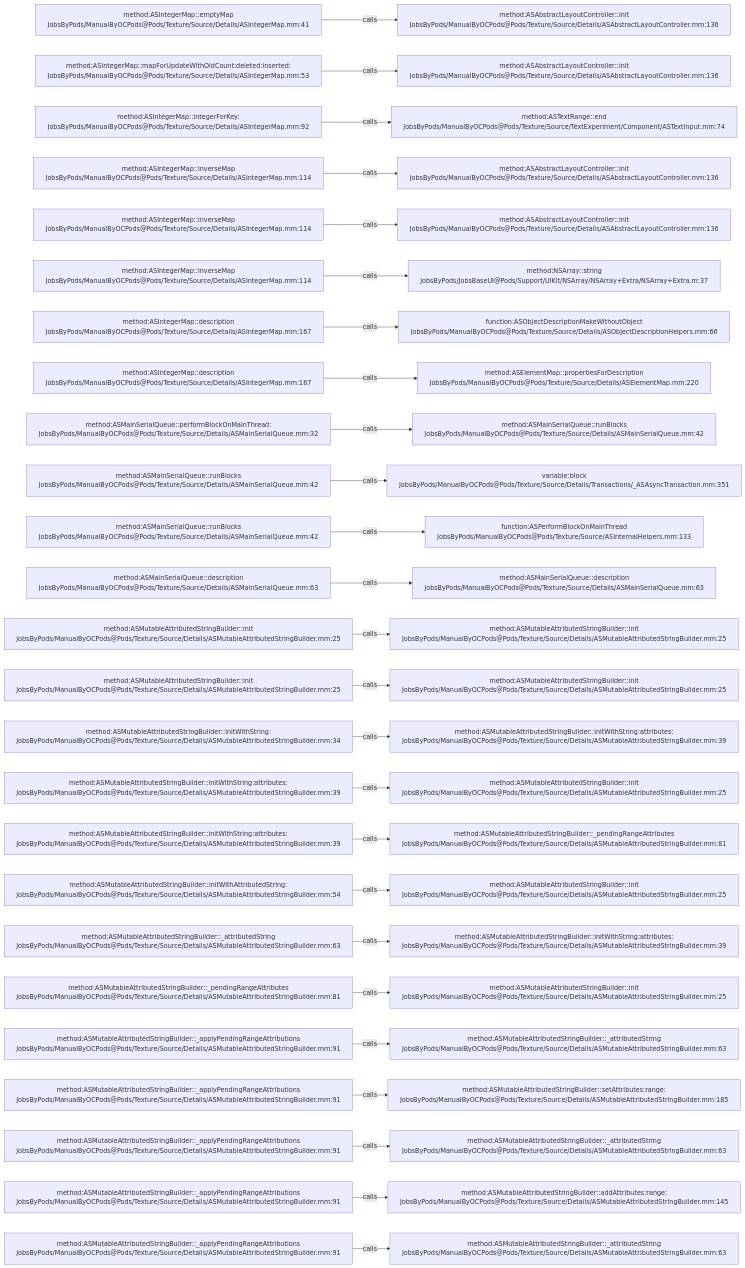
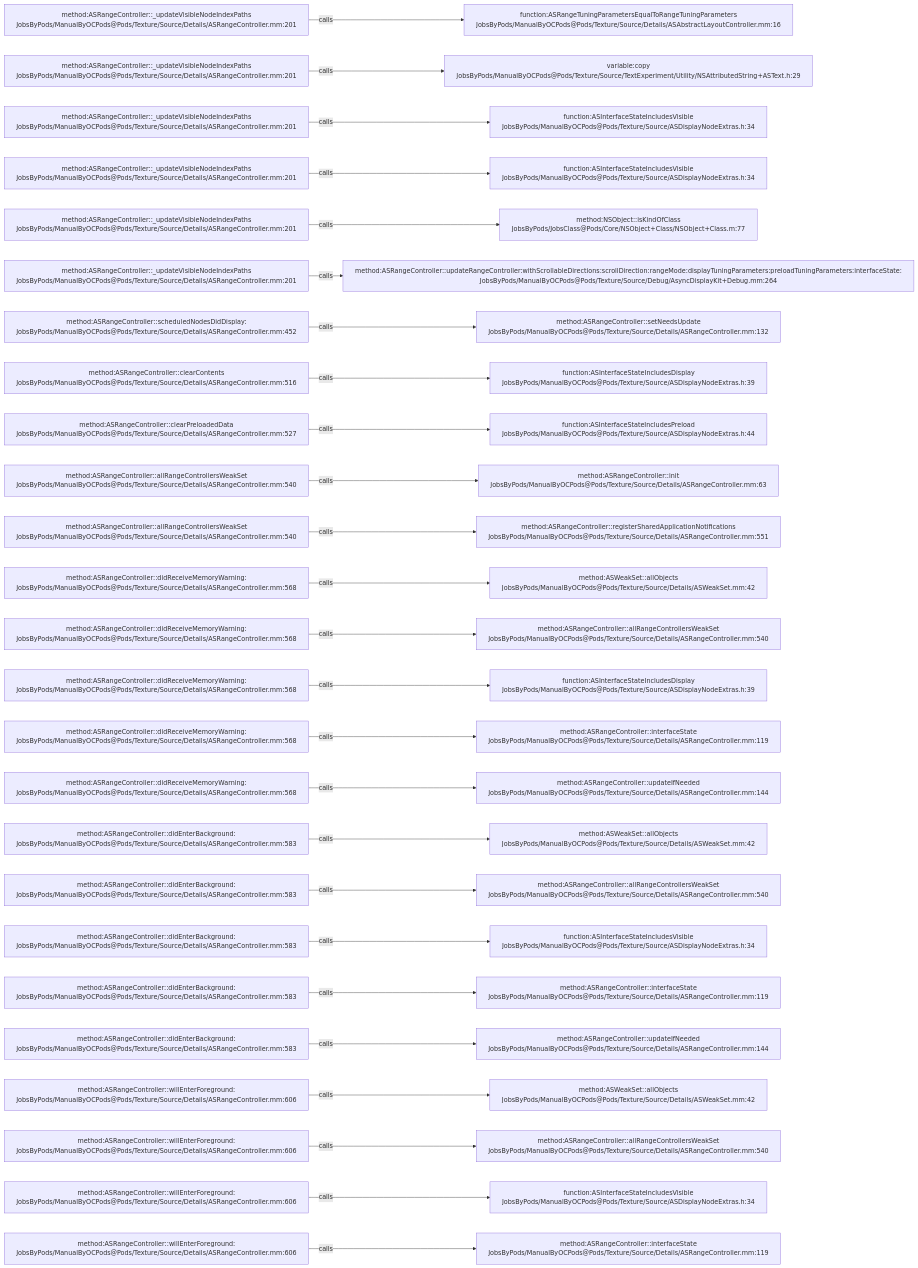
The diagram in .codegraph/codegraph.md/graphs/calls-166.md (JobsKits/JobsOCBaseConfigDemo), drawn with Mermaid before and after one commit. The commit also changed 1223 other files, not shown here.

````diff
--- a/.codegraph/codegraph.md/graphs/calls-166.md
+++ b/.codegraph/codegraph.md/graphs/calls-166.md
@@ -13,78 +13,78 @@
 ```mermaid
 flowchart LR
-  S1["method:ASIntegerMap::emptyMap<br/>JobsByPods/ManualByOCPods@Pods/Texture/Source/Details/ASIntegerMap.mm:41"]
-  T1["method:ASAbstractLayoutController::init<br/>JobsByPods/ManualByOCPods@Pods/Texture/Source/Details/ASAbstractLayoutController.mm:136"]
+  S1["method:ASRangeController::_updateVisibleNodeIndexPaths<br/>JobsByPods/ManualByOCPods@Pods/Texture/Source/Details/ASRangeController.mm:201"]
+  T1["function:ASRangeTuningParametersEqualToRangeTuningParameters<br/>JobsByPods/ManualByOCPods@Pods/Texture/Source/Details/ASAbstractLayoutController.mm:16"]
   S1 -->|calls| T1
-  S2["method:ASIntegerMap::mapForUpdateWithOldCount:deleted:inserted:<br/>JobsByPods/ManualByOCPods@Pods/Texture/Source/Details/ASIntegerMap.mm:53"]
-  T2["method:ASAbstractLayoutController::init<br/>JobsByPods/ManualByOCPods@Pods/Texture/Source/Details/ASAbstractLayoutController.mm:136"]
+  S2["method:ASRangeController::_updateVisibleNodeIndexPaths<br/>JobsByPods/ManualByOCPods@Pods/Texture/Source/Details/ASRangeController.mm:201"]
+  T2["variable:copy<br/>JobsByPods/ManualByOCPods@Pods/Texture/Source/TextExperiment/Utility/NSAttributedString+ASText.h:29"]
   S2 -->|calls| T2
-  S3["method:ASIntegerMap::integerForKey:<br/>JobsByPods/ManualByOCPods@Pods/Texture/Source/Details/ASIntegerMap.mm:92"]
-  T3["method:ASTextRange::end<br/>JobsByPods/ManualByOCPods@Pods/Texture/Source/TextExperiment/Component/ASTextInput.mm:74"]
+  S3["method:ASRangeController::_updateVisibleNodeIndexPaths<br/>JobsByPods/ManualByOCPods@Pods/Texture/Source/Details/ASRangeController.mm:201"]
+  T3["function:ASInterfaceStateIncludesVisible<br/>JobsByPods/ManualByOCPods@Pods/Texture/Source/ASDisplayNodeExtras.h:34"]
   S3 -->|calls| T3
-  S4["method:ASIntegerMap::inverseMap<br/>JobsByPods/ManualByOCPods@Pods/Texture/Source/Details/ASIntegerMap.mm:114"]
-  T4["method:ASAbstractLayoutController::init<br/>JobsByPods/ManualByOCPods@Pods/Texture/Source/Details/ASAbstractLayoutController.mm:136"]
+  S4["method:ASRangeController::_updateVisibleNodeIndexPaths<br/>JobsByPods/ManualByOCPods@Pods/Texture/Source/Details/ASRangeController.mm:201"]
+  T4["function:ASInterfaceStateIncludesVisible<br/>JobsByPods/ManualByOCPods@Pods/Texture/Source/ASDisplayNodeExtras.h:34"]
   S4 -->|calls| T4
-  S5["method:ASIntegerMap::inverseMap<br/>JobsByPods/ManualByOCPods@Pods/Texture/Source/Details/ASIntegerMap.mm:114"]
-  T5["method:ASAbstractLayoutController::init<br/>JobsByPods/ManualByOCPods@Pods/Texture/Source/Details/ASAbstractLayoutController.mm:136"]
+  S5["method:ASRangeController::_updateVisibleNodeIndexPaths<br/>JobsByPods/ManualByOCPods@Pods/Texture/Source/Details/ASRangeController.mm:201"]
+  T5["method:NSObject::isKindOfClass<br/>JobsByPods/JobsClass@Pods/Core/NSObject+Class/NSObject+Class.m:77"]
   S5 -->|calls| T5
-  S6["method:ASIntegerMap::inverseMap<br/>JobsByPods/ManualByOCPods@Pods/Texture/Source/Details/ASIntegerMap.mm:114"]
-  T6["method:NSArray::string<br/>JobsByPods/JobsBaseUI@Pods/Support/UIKit/NSArray/NSArray+Extra/NSArray+Extra.m:37"]
+  S6["method:ASRangeController::_updateVisibleNodeIndexPaths<br/>JobsByPods/ManualByOCPods@Pods/Texture/Source/Details/ASRangeController.mm:201"]
+  T6["method:ASRangeController::updateRangeController:withScrollableDirections:scrollDirection:rangeMode:displayTuningParameters:preloadTuningParameters:interfaceState:<br/>JobsByPods/ManualByOCPods@Pods/Texture/Source/Debug/AsyncDisplayKit+Debug.mm:264"]
   S6 -->|calls| T6
-  S7["method:ASIntegerMap::description<br/>JobsByPods/ManualByOCPods@Pods/Texture/Source/Details/ASIntegerMap.mm:167"]
-  T7["function:ASObjectDescriptionMakeWithoutObject<br/>JobsByPods/ManualByOCPods@Pods/Texture/Source/Details/ASObjectDescriptionHelpers.mm:66"]
+  S7["method:ASRangeController::scheduledNodesDidDisplay:<br/>JobsByPods/ManualByOCPods@Pods/Texture/Source/Details/ASRangeController.mm:452"]
+  T7["method:ASRangeController::setNeedsUpdate<br/>JobsByPods/ManualByOCPods@Pods/Texture/Source/Details/ASRangeController.mm:132"]
   S7 -->|calls| T7
-  S8["method:ASIntegerMap::description<br/>JobsByPods/ManualByOCPods@Pods/Texture/Source/Details/ASIntegerMap.mm:167"]
-  T8["method:ASElementMap::propertiesForDescription<br/>JobsByPods/ManualByOCPods@Pods/Texture/Source/Details/ASElementMap.mm:220"]
+  S8["method:ASRangeController::clearContents<br/>JobsByPods/ManualByOCPods@Pods/Texture/Source/Details/ASRangeController.mm:516"]
+  T8["function:ASInterfaceStateIncludesDisplay<br/>JobsByPods/ManualByOCPods@Pods/Texture/Source/ASDisplayNodeExtras.h:39"]
   S8 -->|calls| T8
-  S9["method:ASMainSerialQueue::performBlockOnMainThread:<br/>JobsByPods/ManualByOCPods@Pods/Texture/Source/Details/ASMainSerialQueue.mm:32"]
-  T9["method:ASMainSerialQueue::runBlocks<br/>JobsByPods/ManualByOCPods@Pods/Texture/Source/Details/ASMainSerialQueue.mm:42"]
+  S9["method:ASRangeController::clearPreloadedData<br/>JobsByPods/ManualByOCPods@Pods/Texture/Source/Details/ASRangeController.mm:527"]
+  T9["function:ASInterfaceStateIncludesPreload<br/>JobsByPods/ManualByOCPods@Pods/Texture/Source/ASDisplayNodeExtras.h:44"]
   S9 -->|calls| T9
-  S10["method:ASMainSerialQueue::runBlocks<br/>JobsByPods/ManualByOCPods@Pods/Texture/Source/Details/ASMainSerialQueue.mm:42"]
-  T10["variable:block<br/>JobsByPods/ManualByOCPods@Pods/Texture/Source/Details/Transactions/_ASAsyncTransaction.mm:351"]
+  S10["method:ASRangeController::allRangeControllersWeakSet<br/>JobsByPods/ManualByOCPods@Pods/Texture/Source/Details/ASRangeController.mm:540"]
+  T10["method:ASRangeController::init<br/>JobsByPods/ManualByOCPods@Pods/Texture/Source/Details/ASRangeController.mm:63"]
   S10 -->|calls| T10
-  S11["method:ASMainSerialQueue::runBlocks<br/>JobsByPods/ManualByOCPods@Pods/Texture/Source/Details/ASMainSerialQueue.mm:42"]
-  T11["function:ASPerformBlockOnMainThread<br/>JobsByPods/ManualByOCPods@Pods/Texture/Source/ASInternalHelpers.mm:133"]
+  S11["method:ASRangeController::allRangeControllersWeakSet<br/>JobsByPods/ManualByOCPods@Pods/Texture/Source/Details/ASRangeController.mm:540"]
+  T11["method:ASRangeController::registerSharedApplicationNotifications<br/>JobsByPods/ManualByOCPods@Pods/Texture/Source/Details/ASRangeController.mm:551"]
   S11 -->|calls| T11
-  S12["method:ASMainSerialQueue::description<br/>JobsByPods/ManualByOCPods@Pods/Texture/Source/Details/ASMainSerialQueue.mm:63"]
-  T12["method:ASMainSerialQueue::description<br/>JobsByPods/ManualByOCPods@Pods/Texture/Source/Details/ASMainSerialQueue.mm:63"]
+  S12["method:ASRangeController::didReceiveMemoryWarning:<br/>JobsByPods/ManualByOCPods@Pods/Texture/Source/Details/ASRangeController.mm:568"]
+  T12["method:ASWeakSet::allObjects<br/>JobsByPods/ManualByOCPods@Pods/Texture/Source/Details/ASWeakSet.mm:42"]
   S12 -->|calls| T12
-  S13["method:ASMutableAttributedStringBuilder::init<br/>JobsByPods/ManualByOCPods@Pods/Texture/Source/Details/ASMutableAttributedStringBuilder.mm:25"]
-  T13["method:ASMutableAttributedStringBuilder::init<br/>JobsByPods/ManualByOCPods@Pods/Texture/Source/Details/ASMutableAttributedStringBuilder.mm:25"]
+  S13["method:ASRangeController::didReceiveMemoryWarning:<br/>JobsByPods/ManualByOCPods@Pods/Texture/Source/Details/ASRangeController.mm:568"]
+  T13["method:ASRangeController::allRangeControllersWeakSet<br/>JobsByPods/ManualByOCPods@Pods/Texture/Source/Details/ASRangeController.mm:540"]
   S13 -->|calls| T13
-  S14["method:ASMutableAttributedStringBuilder::init<br/>JobsByPods/ManualByOCPods@Pods/Texture/Source/Details/ASMutableAttributedStringBuilder.mm:25"]
-  T14["method:ASMutableAttributedStringBuilder::init<br/>JobsByPods/ManualByOCPods@Pods/Texture/Source/Details/ASMutableAttributedStringBuilder.mm:25"]
+  S14["method:ASRangeController::didReceiveMemoryWarning:<br/>JobsByPods/ManualByOCPods@Pods/Texture/Source/Details/ASRangeController.mm:568"]
+  T14["function:ASInterfaceStateIncludesDisplay<br/>JobsByPods/ManualByOCPods@Pods/Texture/Source/ASDisplayNodeExtras.h:39"]
   S14 -->|calls| T14
-  S15["method:ASMutableAttributedStringBuilder::initWithString:<br/>JobsByPods/ManualByOCPods@Pods/Texture/Source/Details/ASMutableAttributedStringBuilder.mm:34"]
-  T15["method:ASMutableAttributedStringBuilder::initWithString:attributes:<br/>JobsByPods/ManualByOCPods@Pods/Texture/Source/Details/ASMutableAttributedStringBuilder.mm:39"]
+  S15["method:ASRangeController::didReceiveMemoryWarning:<br/>JobsByPods/ManualByOCPods@Pods/Texture/Source/Details/ASRangeController.mm:568"]
+  T15["method:ASRangeController::interfaceState<br/>JobsByPods/ManualByOCPods@Pods/Texture/Source/Details/ASRangeController.mm:119"]
   S15 -->|calls| T15
-  S16["method:ASMutableAttributedStringBuilder::initWithString:attributes:<br/>JobsByPods/ManualByOCPods@Pods/Texture/Source/Details/ASMutableAttributedStringBuilder.mm:39"]
-  T16["method:ASMutableAttributedStringBuilder::init<br/>JobsByPods/ManualByOCPods@Pods/Texture/Source/Details/ASMutableAttributedStringBuilder.mm:25"]
+  S16["method:ASRangeController::didReceiveMemoryWarning:<br/>JobsByPods/ManualByOCPods@Pods/Texture/Source/Details/ASRangeController.mm:568"]
+  T16["method:ASRangeController::updateIfNeeded<br/>JobsByPods/ManualByOCPods@Pods/Texture/Source/Details/ASRangeController.mm:144"]
   S16 -->|calls| T16
-  S17["method:ASMutableAttributedStringBuilder::initWithString:attributes:<br/>JobsByPods/ManualByOCPods@Pods/Texture/Source/Details/ASMutableAttributedStringBuilder.mm:39"]
-  T17["method:ASMutableAttributedStringBuilder::_pendingRangeAttributes<br/>JobsByPods/ManualByOCPods@Pods/Texture/Source/Details/ASMutableAttributedStringBuilder.mm:81"]
+  S17["method:ASRangeController::didEnterBackground:<br/>JobsByPods/ManualByOCPods@Pods/Texture/Source/Details/ASRangeController.mm:583"]
+  T17["method:ASWeakSet::allObjects<br/>JobsByPods/ManualByOCPods@Pods/Texture/Source/Details/ASWeakSet.mm:42"]
   S17 -->|calls| T17
-  S18["method:ASMutableAttributedStringBuilder::initWithAttributedString:<br/>JobsByPods/ManualByOCPods@Pods/Texture/Source/Details/ASMutableAttributedStringBuilder.mm:54"]
-  T18["method:ASMutableAttributedStringBuilder::init<br/>JobsByPods/ManualByOCPods@Pods/Texture/Source/Details/ASMutableAttributedStringBuilder.mm:25"]
+  S18["method:ASRangeController::didEnterBackground:<br/>JobsByPods/ManualByOCPods@Pods/Texture/Source/Details/ASRangeController.mm:583"]
+  T18["method:ASRangeController::allRangeControllersWeakSet<br/>JobsByPods/ManualByOCPods@Pods/Texture/Source/Details/ASRangeController.mm:540"]
   S18 -->|calls| T18
-  S19["method:ASMutableAttributedStringBuilder::_attributedString<br/>JobsByPods/ManualByOCPods@Pods/Texture/Source/Details/ASMutableAttributedStringBuilder.mm:63"]
-  T19["method:ASMutableAttributedStringBuilder::initWithString:attributes:<br/>JobsByPods/ManualByOCPods@Pods/Texture/Source/Details/ASMutableAttributedStringBuilder.mm:39"]
+  S19["method:ASRangeController::didEnterBackground:<br/>JobsByPods/ManualByOCPods@Pods/Texture/Source/Details/ASRangeController.mm:583"]
+  T19["function:ASInterfaceStateIncludesVisible<br/>JobsByPods/ManualByOCPods@Pods/Texture/Source/ASDisplayNodeExtras.h:34"]
   S19 -->|calls| T19
-  S20["method:ASMutableAttributedStringBuilder::_pendingRangeAttributes<br/>JobsByPods/ManualByOCPods@Pods/Texture/Source/Details/ASMutableAttributedStringBuilder.mm:81"]
-  T20["method:ASMutableAttributedStringBuilder::init<br/>JobsByPods/ManualByOCPods@Pods/Texture/Source/Details/ASMutableAttributedStringBuilder.mm:25"]
+  S20["method:ASRangeController::didEnterBackground:<br/>JobsByPods/ManualByOCPods@Pods/Texture/Source/Details/ASRangeController.mm:583"]
+  T20["method:ASRangeController::interfaceState<br/>JobsByPods/ManualByOCPods@Pods/Texture/Source/Details/ASRangeController.mm:119"]
   S20 -->|calls| T20
-  S21["method:ASMutableAttributedStringBuilder::_applyPendingRangeAttributions<br/>JobsByPods/ManualByOCPods@Pods/Texture/Source/Details/ASMutableAttributedStringBuilder.mm:91"]
-  T21["method:ASMutableAttributedStringBuilder::_attributedString<br/>JobsByPods/ManualByOCPods@Pods/Texture/Source/Details/ASMutableAttributedStringBuilder.mm:63"]
+  S21["method:ASRangeController::didEnterBackground:<br/>JobsByPods/ManualByOCPods@Pods/Texture/Source/Details/ASRangeController.mm:583"]
+  T21["method:ASRangeController::updateIfNeeded<br/>JobsByPods/ManualByOCPods@Pods/Texture/Source/Details/ASRangeController.mm:144"]
   S21 -->|calls| T21
-  S22["method:ASMutableAttributedStringBuilder::_applyPendingRangeAttributions<br/>JobsByPods/ManualByOCPods@Pods/Texture/Source/Details/ASMutableAttributedStringBuilder.mm:91"]
-  T22["method:ASMutableAttributedStringBuilder::setAttributes:range:<br/>JobsByPods/ManualByOCPods@Pods/Texture/Source/Details/ASMutableAttributedStringBuilder.mm:185"]
+  S22["method:ASRangeController::willEnterForeground:<br/>JobsByPods/ManualByOCPods@Pods/Texture/Source/Details/ASRangeController.mm:606"]
+  T22["method:ASWeakSet::allObjects<br/>JobsByPods/ManualByOCPods@Pods/Texture/Source/Details/ASWeakSet.mm:42"]
   S22 -->|calls| T22
-  S23["method:ASMutableAttributedStringBuilder::_applyPendingRangeAttributions<br/>JobsByPods/ManualByOCPods@Pods/Texture/Source/Details/ASMutableAttributedStringBuilder.mm:91"]
-  T23["method:ASMutableAttributedStringBuilder::_attributedString<br/>JobsByPods/ManualByOCPods@Pods/Texture/Source/Details/ASMutableAttributedStringBuilder.mm:63"]
+  S23["method:ASRangeController::willEnterForeground:<br/>JobsByPods/ManualByOCPods@Pods/Texture/Source/Details/ASRangeController.mm:606"]
+  T23["method:ASRangeController::allRangeControllersWeakSet<br/>JobsByPods/ManualByOCPods@Pods/Texture/Source/Details/ASRangeController.mm:540"]
   S23 -->|calls| T23
-  S24["method:ASMutableAttributedStringBuilder::_applyPendingRangeAttributions<br/>JobsByPods/ManualByOCPods@Pods/Texture/Source/Details/ASMutableAttributedStringBuilder.mm:91"]
-  T24["method:ASMutableAttributedStringBuilder::addAttributes:range:<br/>JobsByPods/ManualByOCPods@Pods/Texture/Source/Details/ASMutableAttributedStringBuilder.mm:145"]
+  S24["method:ASRangeController::willEnterForeground:<br/>JobsByPods/ManualByOCPods@Pods/Texture/Source/Details/ASRangeController.mm:606"]
+  T24["function:ASInterfaceStateIncludesVisible<br/>JobsByPods/ManualByOCPods@Pods/Texture/Source/ASDisplayNodeExtras.h:34"]
   S24 -->|calls| T24
-  S25["method:ASMutableAttributedStringBuilder::_applyPendingRangeAttributions<br/>JobsByPods/ManualByOCPods@Pods/Texture/Source/Details/ASMutableAttributedStringBuilder.mm:91"]
-  T25["method:ASMutableAttributedStringBuilder::_attributedString<br/>JobsByPods/ManualByOCPods@Pods/Texture/Source/Details/ASMutableAttributedStringBuilder.mm:63"]
+  S25["method:ASRangeController::willEnterForeground:<br/>JobsByPods/ManualByOCPods@Pods/Texture/Source/Details/ASRangeController.mm:606"]
+  T25["method:ASRangeController::interfaceState<br/>JobsByPods/ManualByOCPods@Pods/Texture/Source/Details/ASRangeController.mm:119"]
   S25 -->|calls| T25
 ```
````
